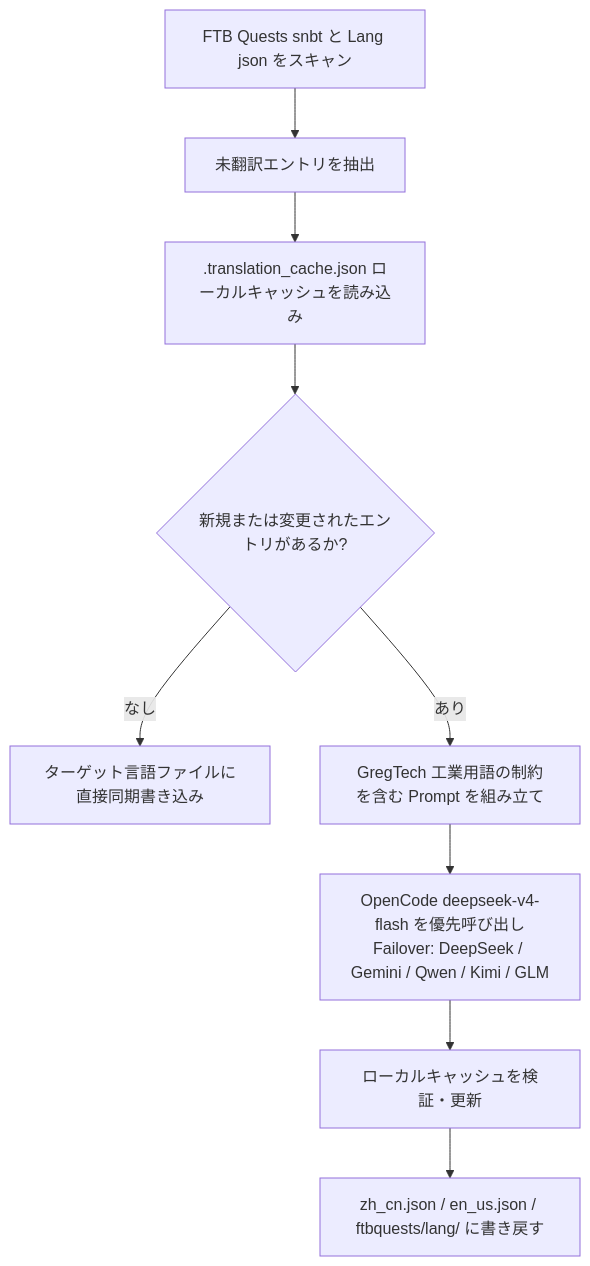
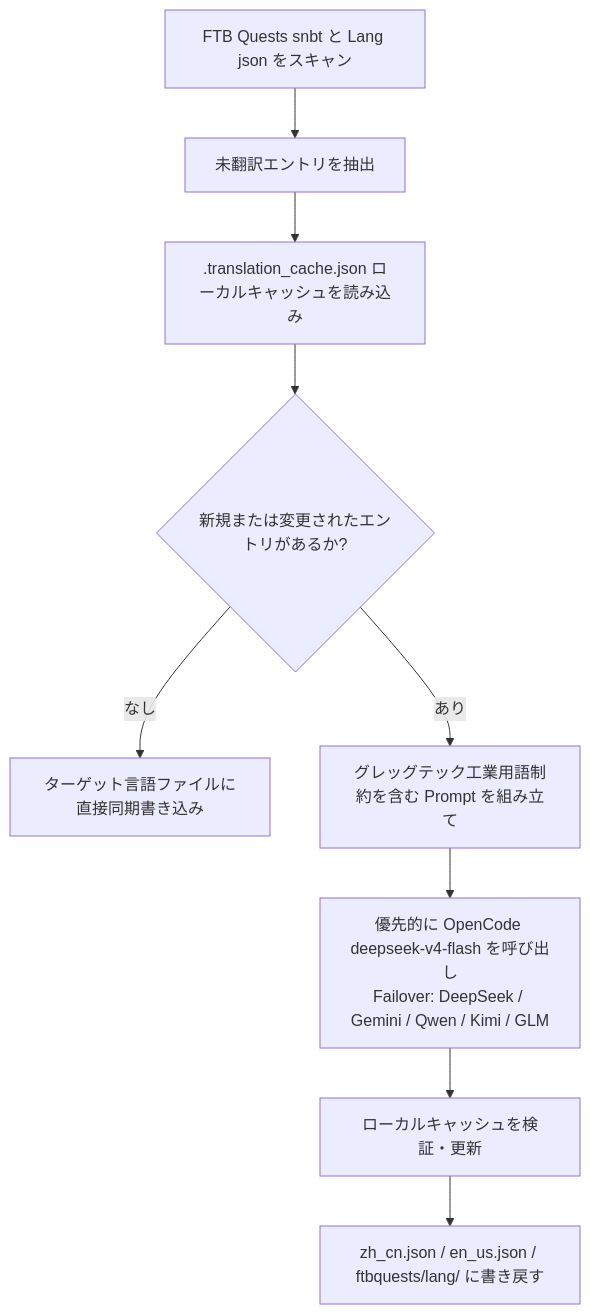
One commit to takanashisatou/GregtechEasy changed the diagram in docs/ja/ci-cd-and-translation/ai-translation.md. Above: the diagram before and after it, drawn with Mermaid. The commit also changed other lines of this file and 138 other files, not shown here.

````diff
--- a/docs/ja/ci-cd-and-translation/ai-translation.md
+++ b/docs/ja/ci-cd-and-translation/ai-translation.md
@@ -27,11 +27,11 @@
 ```mermaid
 graph TD
     A[FTB Quests snbt と Lang json をスキャン] --> B[未翻訳エントリを抽出]
     B --> C[.translation_cache.json ローカルキャッシュを読み込み]
     C --> D{新規または変更されたエントリがあるか?}
     D -- なし --> E[ターゲット言語ファイルに直接同期書き込み]
-    D -- あり --> F[GregTech 工業用語の制約を含む Prompt を組み立て]
-    F --> G["OpenCode deepseek-v4-flash を優先呼び出し<br/>Failover: DeepSeek / Gemini / Qwen / Kimi / GLM"]
+    D -- あり --> F[グレッグテック工業用語制約を含む Prompt を組み立て]
+    F --> G["優先的に OpenCode deepseek-v4-flash を呼び出し<br/>Failover: DeepSeek / Gemini / Qwen / Kimi / GLM"]
     G --> H[ローカルキャッシュを検証・更新]
     H --> I[zh_cn.json / en_us.json / ftbquests/lang/ に書き戻す]
 ```
````
